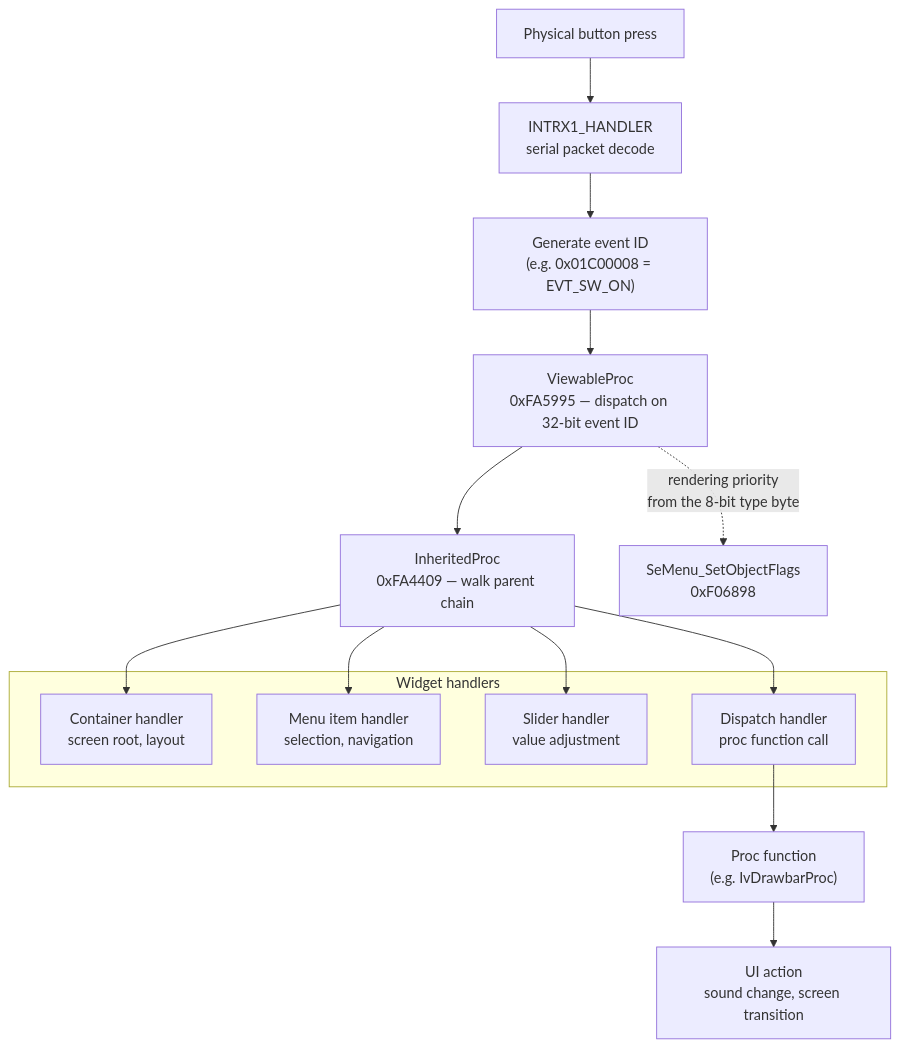
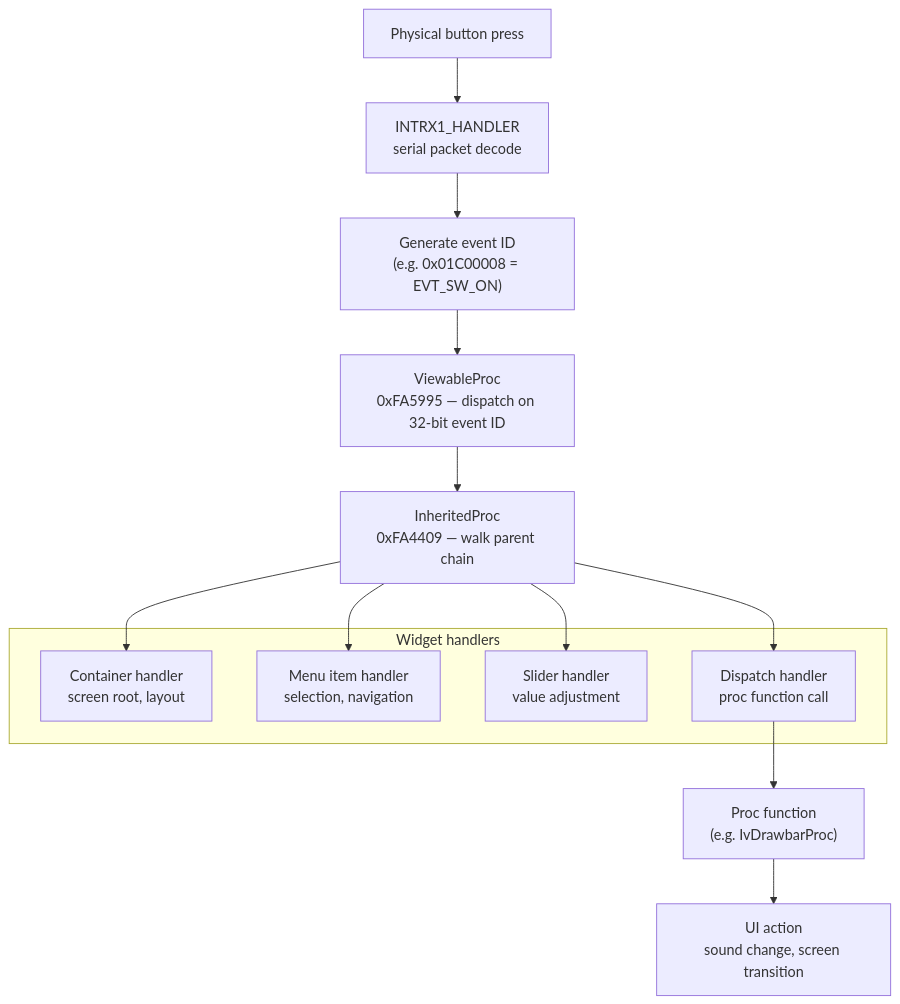
The sixth of 7 diagrams in firmware-flowchart.md (ArqueologiaDigital/technics-docs), drawn with Mermaid before and after one commit.

Commit message:
firmware-flowchart: drop SeMenu_SetObjectFlags from NAKA event flow
The NAKA Widget Event Flow diagram linked ViewableProc to
SeMenu_SetObjectFlags (0xF06898) as a "rendering priority from the
8-bit type byte" step. The routine has no part in NAKA widget
dispatch. It is a sound-editor helper. Its only callers are
SeMenu_RegisterElement_Extended and SeMenu_RegisterElement_Type1, and
it returns without doing anything (`ret nz`) for type codes outside
0x00-0x04, 0x11-0x14, 0x21-0x24, 0x31-0x34 and 0x41-0x44. That covers
NAKA class indices such as 0x2B and 0x66.

Evidence (kn5000-roms-disasm 3417969c0):
- v10/maincpu/audio/semenu_routines.s:830-875 is the routine, and
  :104 and :139 are its only two call sites. v7 and v9 match: three
  references per tree, all in semenu_routines.s.
- llvm-nm rebuilt_ROMs/kn5000_v10_program.llvm.elf:
  00f06898 t SeMenu_SetObjectFlags
- questions.md:82 already records that the old handler_table reading
  is superseded ("Not a dispatch table").

The edge is removed. The page text above the diagram already says
that dispatch is on 32-bit event IDs, not on the type byte.
check_doc_symbols.py firmware-flowchart.md: 0 names not found.

```diff
--- a/firmware-flowchart.md
+++ b/firmware-flowchart.md
@@ -233,22 +233,21 @@
 <pre class="mermaid">
 flowchart TD
     BUTTON["Physical button press"] --> CPANEL_ISR["INTRX1_HANDLER<br/>serial packet decode"]
     CPANEL_ISR --> EVT_GEN["Generate event ID<br/>(e.g. 0x01C00008 = EVT_SW_ON)"]
     EVT_GEN --> VIEWABLE["ViewableProc<br/>0xFA5995 — dispatch on 32-bit event ID"]
     VIEWABLE --> INHERITED["InheritedProc<br/>0xFA4409 — walk parent chain"]
-    VIEWABLE -.->|"rendering priority<br/>from the 8-bit type byte"| TYPE_CLASS["SeMenu_SetObjectFlags<br/>0xF06898"]
 
     subgraph WIDGETS ["Widget handlers"]
         CONTAINER["Container handler<br/>screen root, layout"]
         MENU_ITEM["Menu item handler<br/>selection, navigation"]
         SLIDER["Slider handler<br/>value adjustment"]
         DISPATCH["Dispatch handler<br/>proc function call"]
     end
 
     INHERITED --> CONTAINER
     INHERITED --> MENU_ITEM
     INHERITED --> SLIDER
     INHERITED --> DISPATCH
     DISPATCH --> PROC["Proc function<br/>(e.g. IvDrawbarProc)"]
     PROC --> ACTION["UI action<br/>sound change, screen transition"]
 </pre>
```
